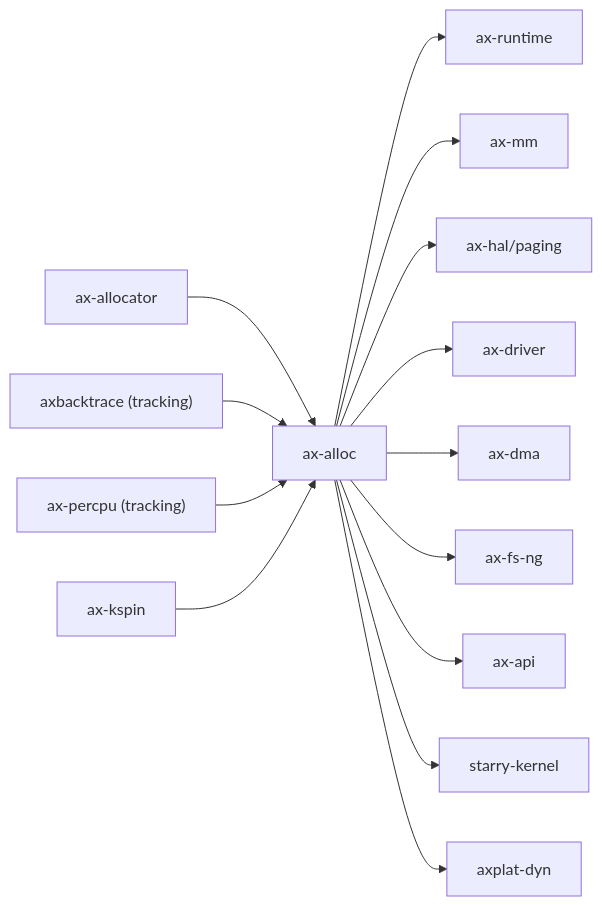
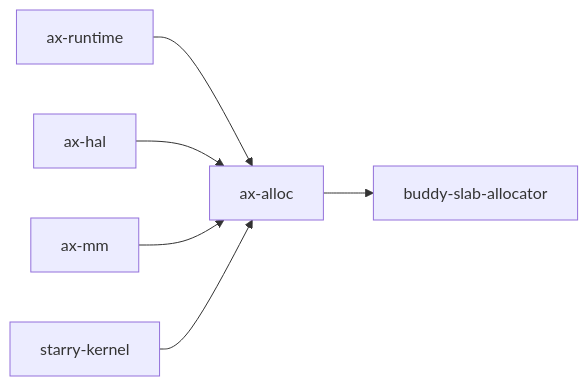
Before and after one commit to rcore-os/tgoskits: the diagram in docs/docs/components/crates/ax-alloc.md, drawn with Mermaid. The commit also changed other lines of this file and 386 other files, not shown here.

````diff
--- a/docs/docs/components/crates/ax-alloc.md
+++ b/docs/docs/components/crates/ax-alloc.md
@@ -82,17 +21,8 @@
 ```mermaid
-graph LR
-    ax-allocator["ax-allocator"] --> ax-alloc["ax-alloc"]
-    axbacktrace["axbacktrace (tracking)"] --> ax-alloc
-    ax-percpu["ax-percpu (tracking)"] --> ax-alloc
-    ax_kspin["ax-kspin"] --> ax-alloc
-
-    ax-alloc --> ax-runtime["ax-runtime"]
-    ax-alloc --> ax-mm["ax-mm"]
-    ax-alloc --> ax-hal["ax-hal/paging"]
-    ax-alloc --> ax-driver["ax-driver"]
-    ax-alloc --> ax_dma["ax-dma"]
-    ax-alloc --> axfsng["ax-fs-ng"]
-    ax-alloc --> ax-api["ax-api"]
-    ax-alloc --> starry_kernel["starry-kernel"]
-    ax-alloc --> axplat_dyn["axplat-dyn"]
+flowchart LR
+    alloc[ax-alloc] --> buddy[buddy-slab-allocator]
+    runtime[ax-runtime] --> alloc
+    hal[ax-hal] --> alloc
+    mm[ax-mm] --> alloc
+    starry[starry-kernel] --> alloc
 ```
````
